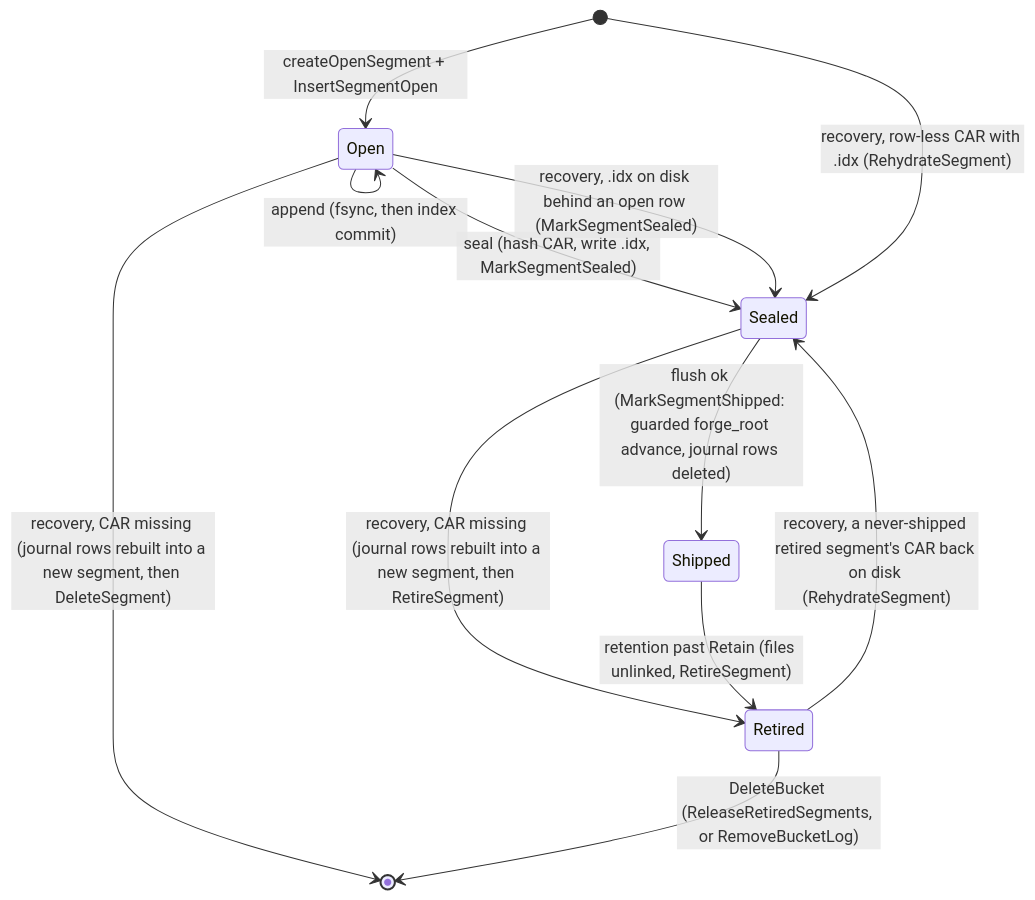
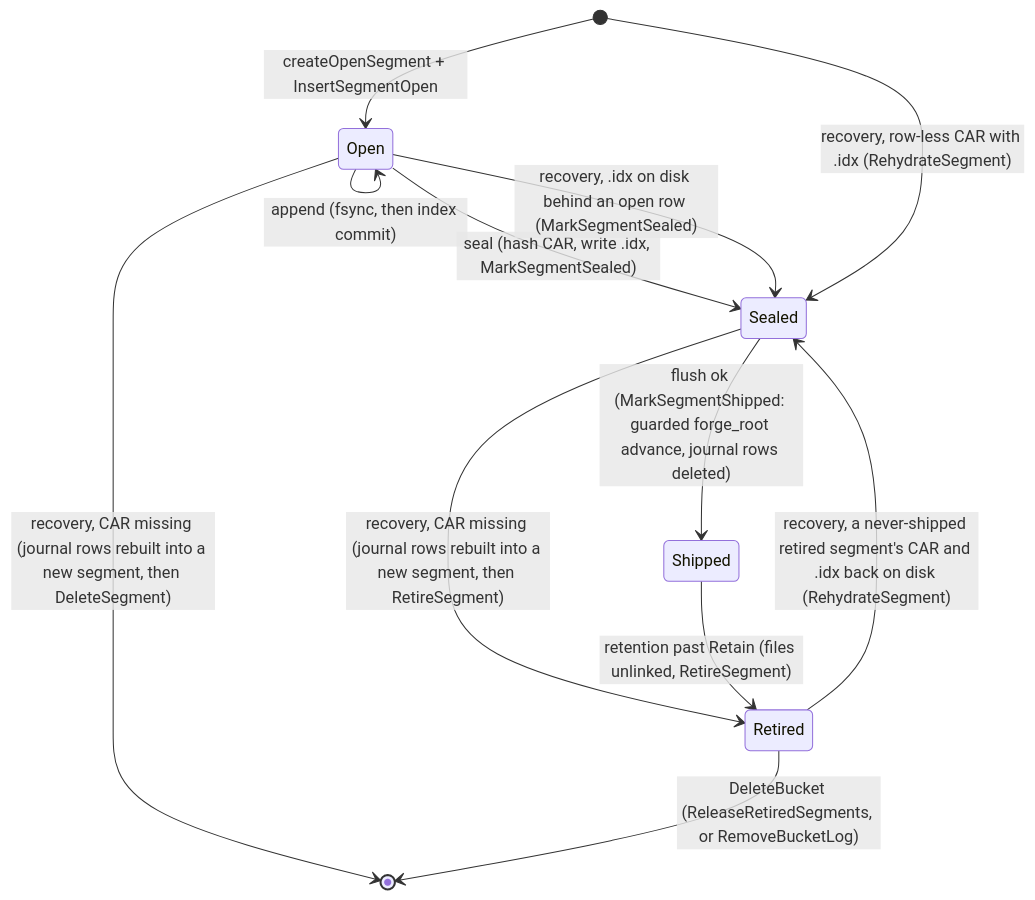
Before and after one commit to fil-forge/ingot: the second of 2 diagrams in logstore/README.md, drawn with Mermaid. The commit also changed other lines of this file and 4 other files, not shown here.

First line of the commit message:
Cover the idx-less return of a retired CAR; tolerate a refused dir fsync

````diff
--- a/logstore/README.md
+++ b/logstore/README.md
@@ -105,14 +105,14 @@
 ```mermaid
 stateDiagram-v2
     [*] --> Open : createOpenSegment + InsertSegmentOpen
     Open --> Open : append (fsync, then index commit)
     Open --> Sealed : seal (hash CAR, write .idx, MarkSegmentSealed)
     Open --> Sealed : recovery, .idx on disk behind an open row (MarkSegmentSealed)
     [*] --> Sealed : recovery, row-less CAR with .idx (RehydrateSegment)
     Open --> [*] : recovery, CAR missing (journal rows rebuilt into a new segment, then DeleteSegment)
     Sealed --> Shipped : flush ok (MarkSegmentShipped: guarded forge_root advance, journal rows deleted)
     Sealed --> Retired : recovery, CAR missing (journal rows rebuilt into a new segment, then RetireSegment)
     Shipped --> Retired : retention past Retain (files unlinked, RetireSegment)
-    Retired --> Sealed : recovery, a never-shipped retired segment's CAR back on disk (RehydrateSegment)
+    Retired --> Sealed : recovery, a never-shipped retired segment's CAR and .idx back on disk (RehydrateSegment)
     Retired --> [*] : DeleteBucket (ReleaseRetiredSegments, or RemoveBucketLog)
 ```
````
